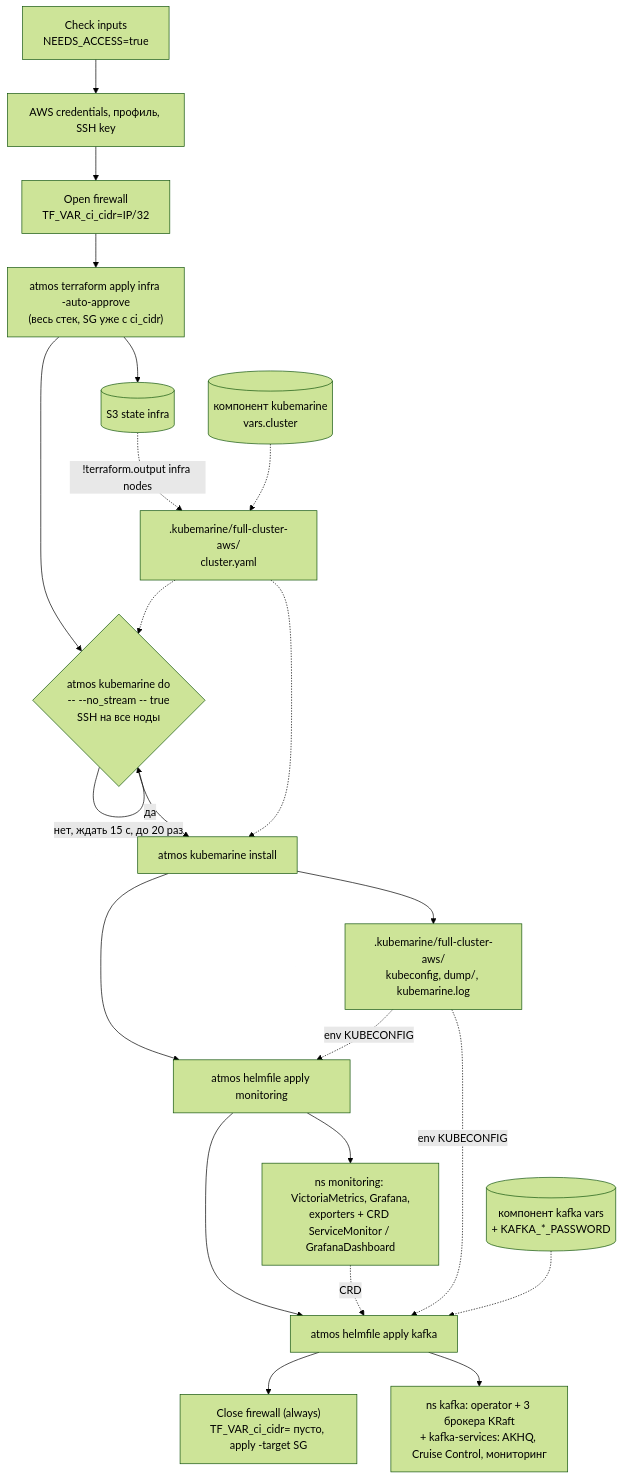
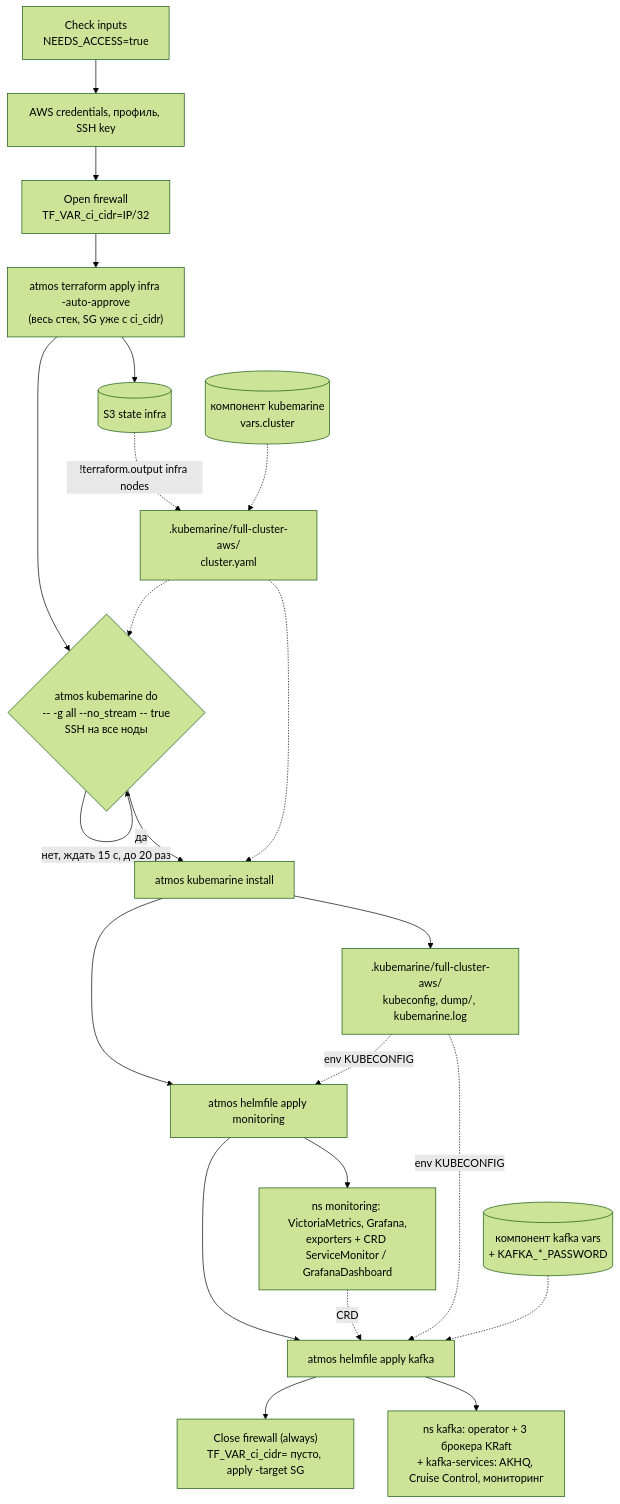
One commit to borislavr/atmos-kubemarine-integration changed the third of 5 diagrams in docs/full-cluster-aws-flow.md. Above: the diagram before and after it, drawn with Mermaid (forest theme). The commit also changed other lines of this file and 3 other files, not shown here.

Commit message:
fix: update SSH connection logic to ensure all nodes are reachable and improve documentation on SSH key usage

````diff
--- a/docs/full-cluster-aws-flow.md
+++ b/docs/full-cluster-aws-flow.md
@@ -116,24 +117,24 @@
 ```mermaid
 flowchart TB
   A["Check inputs<br/>NEEDS_ACCESS=true"] --> B["AWS credentials, профиль, SSH key"]
   B --> C["Open firewall<br/>TF_VAR_ci_cidr=IP/32"]
   C --> D["atmos terraform apply infra -auto-approve<br/>(весь стек, SG уже с ci_cidr)"]
-  D --> E{"atmos kubemarine do<br/>-- --no_stream -- true<br/>SSH на все ноды"}
+  D --> E{"atmos kubemarine do<br/>-- -g all --no_stream -- true<br/>SSH на все ноды"}
   E -->|"нет, ждать 15 с, до 20 раз"| E
   E -->|"да"| F["atmos kubemarine install"]
   F --> M["atmos helmfile apply monitoring"]
   M --> G["atmos helmfile apply kafka"]
   G --> H["Close firewall (always)<br/>TF_VAR_ci_cidr= пусто, apply -target SG"]
   KC -.->|"env KUBECONFIG"| M
   M --> MON["ns monitoring: VictoriaMetrics, Grafana,<br/>exporters + CRD ServiceMonitor / GrafanaDashboard"]
   MON -.->|"CRD"| G
   D --> ST[("S3 state infra")]
   ST -.->|"!terraform.output infra nodes"| CY
   KMC[("компонент kubemarine<br/>vars.cluster")] -.-> CY
   CY[".kubemarine/full-cluster-aws/<br/>cluster.yaml"] -.-> E
   CY -.-> F
   F --> KC[".kubemarine/full-cluster-aws/<br/>kubeconfig, dump/, kubemarine.log"]
   KC -.->|"env KUBECONFIG"| G
   KFC[("компонент kafka vars<br/>+ KAFKA_*_PASSWORD")] -.-> G
   G --> K8S["ns kafka: operator + 3 брокера KRaft<br/>+ kafka-services: AKHQ, Cruise Control, мониторинг"]
 ```
````
